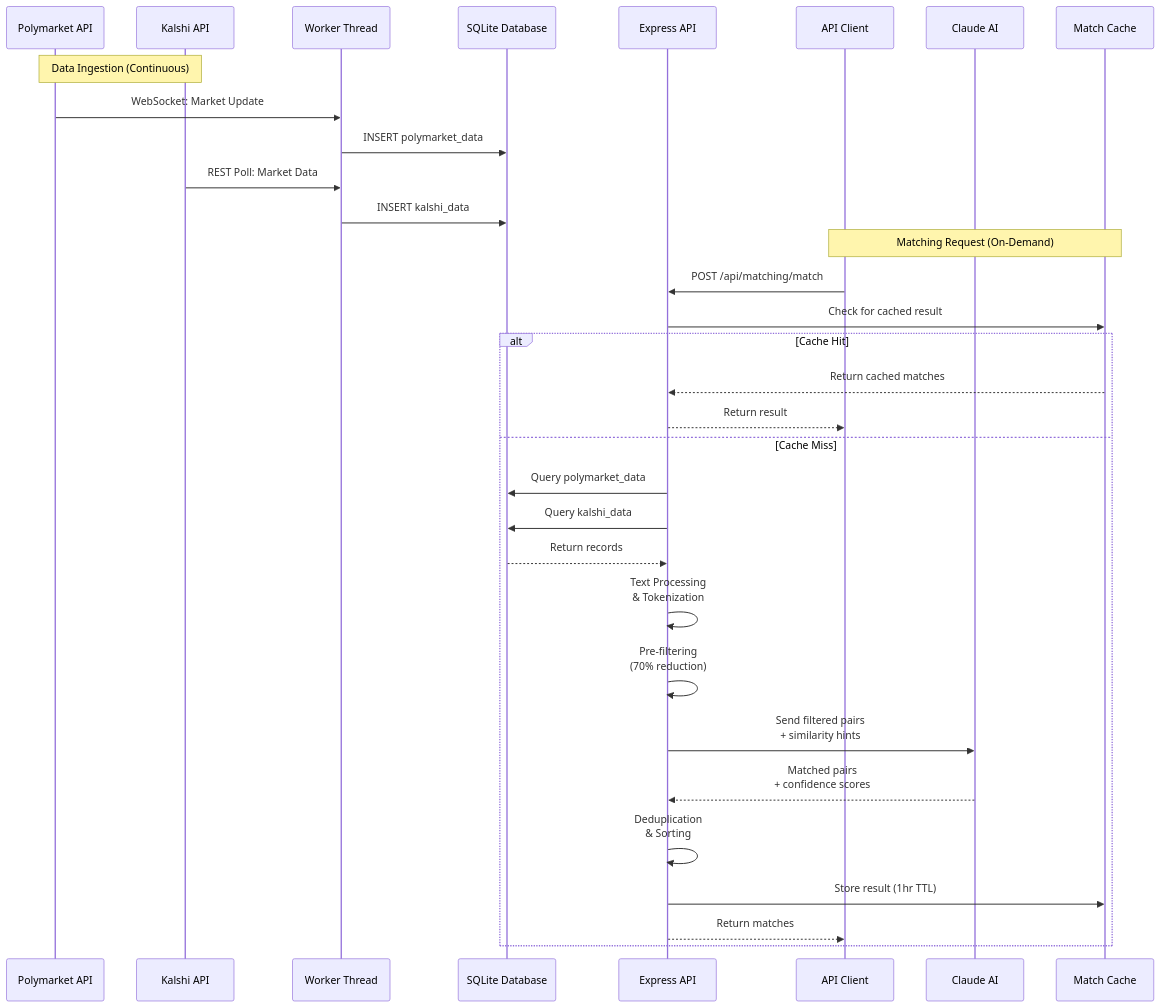
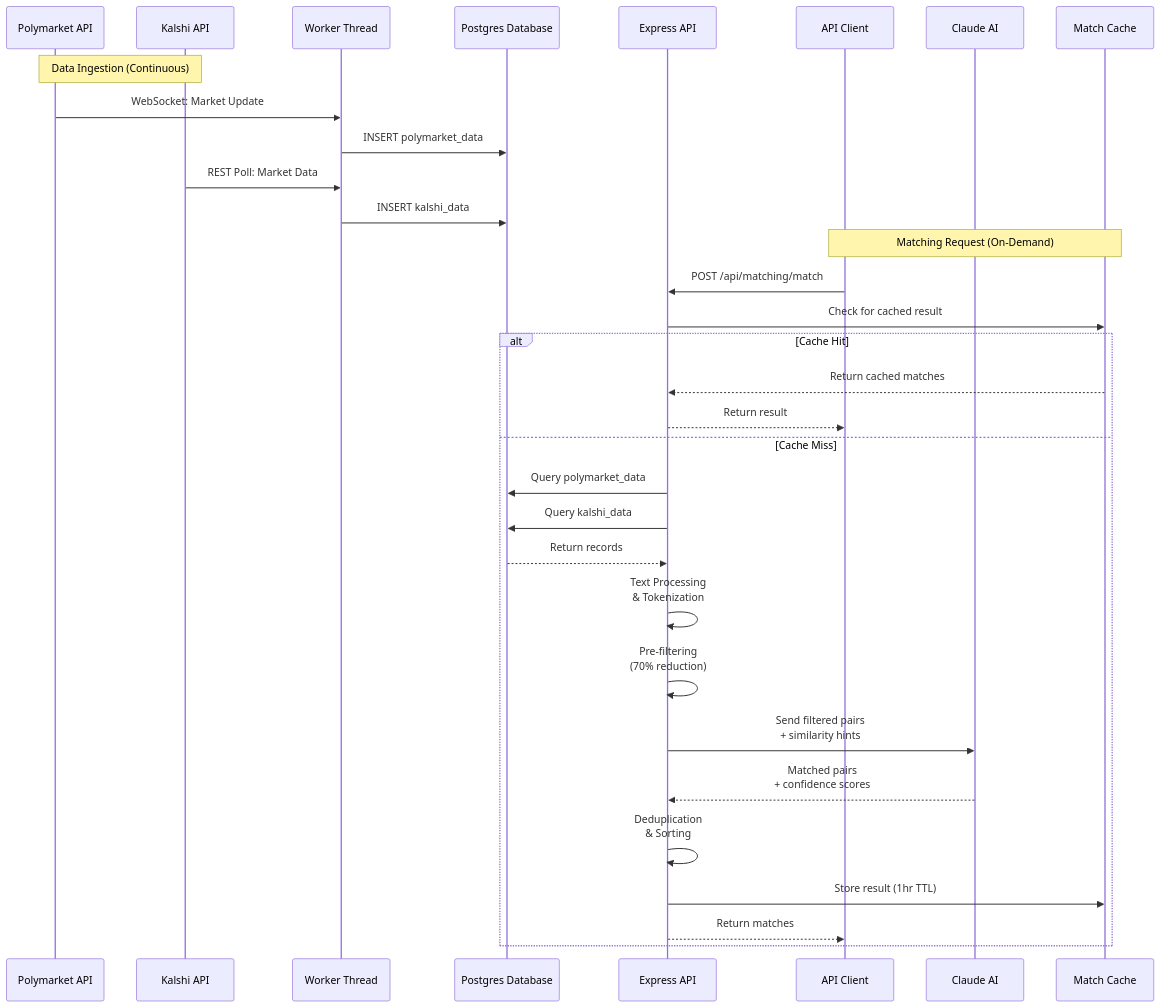
One commit to ivaaak/PredictionMarket-Arbitrage changed the second of 8 diagrams in architecture.md. Above: the diagram before and after it, drawn with Mermaid. The commit also changed other lines of this file and 16 other files, not shown here.

````diff
--- a/architecture.md
+++ b/architecture.md
@@ -86,43 +86,43 @@
 ```mermaid
 sequenceDiagram
     participant PM as Polymarket API
     participant KL as Kalshi API
     participant Worker as Worker Thread
-    participant DB as SQLite Database
+    participant DB as Postgres Database
     participant API as Express API
     participant Client as API Client
     participant AI as Claude AI
     participant Cache as Match Cache
 
     Note over PM,KL: Data Ingestion (Continuous)
     
     PM->>Worker: WebSocket: Market Update
     Worker->>DB: INSERT polymarket_data
     
     KL->>Worker: REST Poll: Market Data
     Worker->>DB: INSERT kalshi_data
     
     Note over Client,Cache: Matching Request (On-Demand)
     
     Client->>API: POST /api/matching/match
     API->>Cache: Check for cached result
     
     alt Cache Hit
         Cache-->>API: Return cached matches
         API-->>Client: Return result
     else Cache Miss
         API->>DB: Query polymarket_data
         API->>DB: Query kalshi_data
         DB-->>API: Return records
         
         API->>API: Text Processing<br/>& Tokenization
         API->>API: Pre-filtering<br/>(70% reduction)
         
         API->>AI: Send filtered pairs<br/>+ similarity hints
         AI-->>API: Matched pairs<br/>+ confidence scores
         
         API->>API: Deduplication<br/>& Sorting
         API->>Cache: Store result (1hr TTL)
         API-->>Client: Return matches
     end
 ```
````
